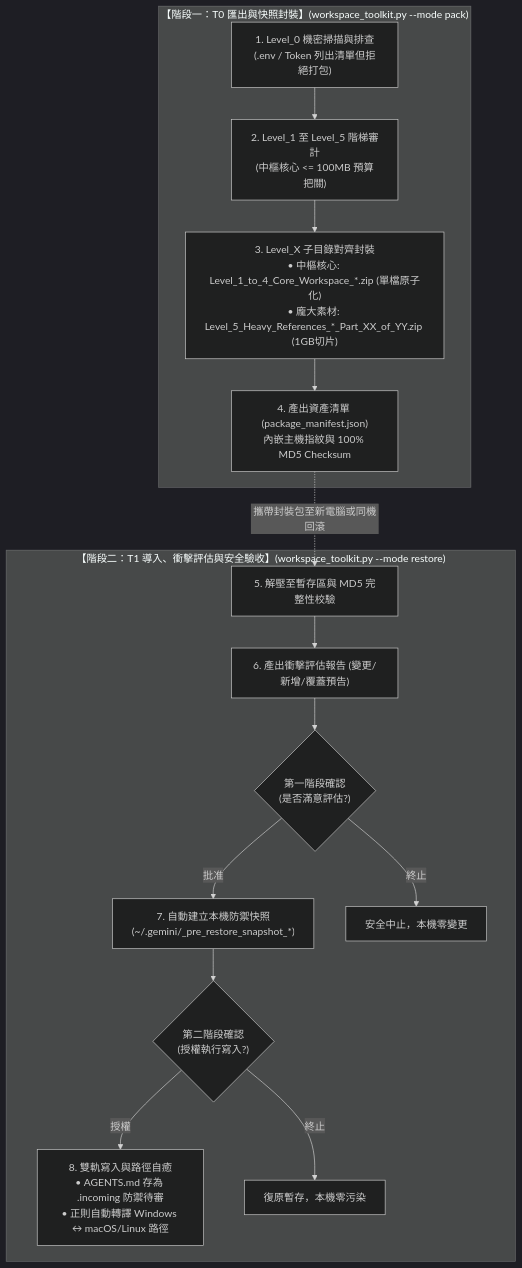
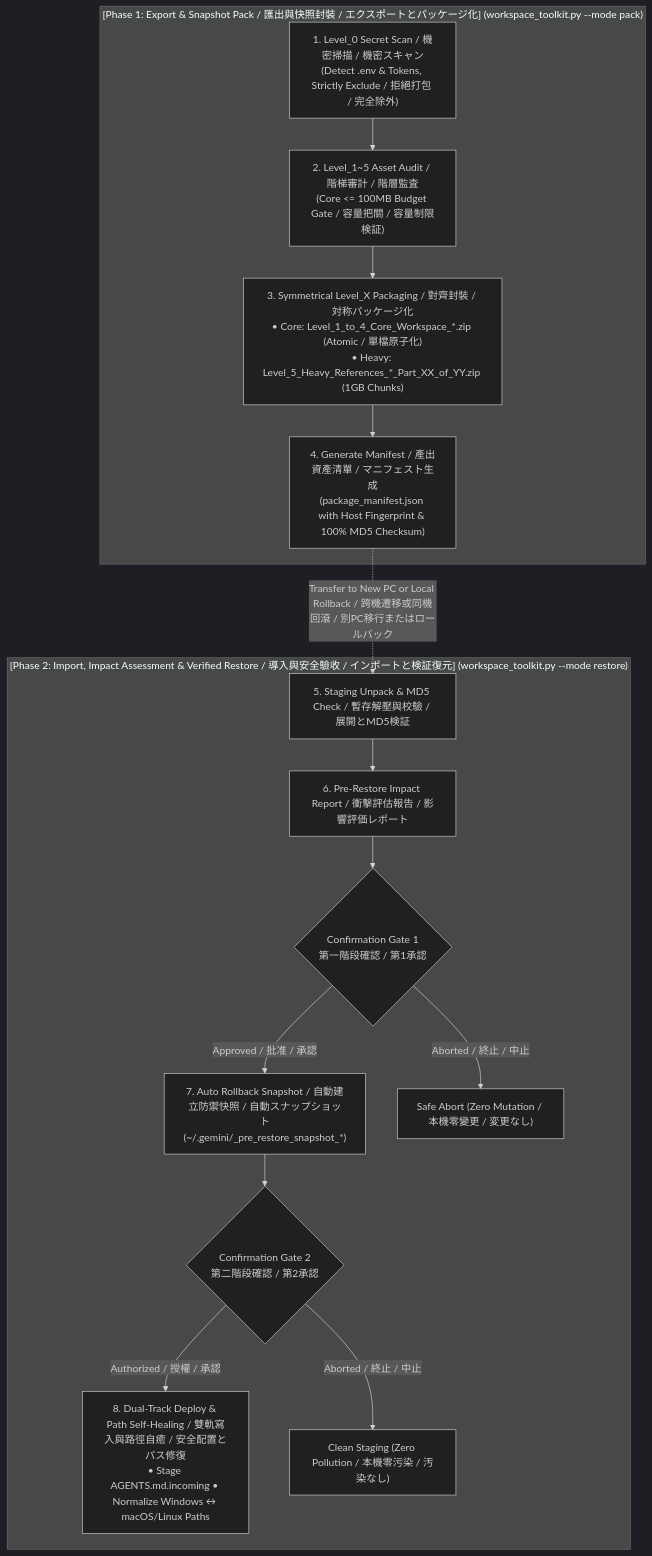
Before and after one commit to ycaistudio/universal-agent-workspace-toolkit: the diagram in README.md, drawn with Mermaid (dark theme). The commit also changed other lines of this file and 2 other files, not shown here.

````diff
--- a/README.md
+++ b/README.md
@@ -116,20 +124,20 @@
 ```mermaid
 flowchart TD
-    subgraph T0 ["【階段一：T0 匯出與快照封裝】(workspace_toolkit.py --mode pack)"]
-        Scan["1. Level_0 機密掃描與排查<br>(.env / Token 列出清單但拒絕打包)"] --> Audit["2. Level_1 至 Level_5 階梯審計<br>(中樞核心 <= 100MB 預算把關)"]
-        Audit --> Pack["3. Level_X 子目錄對齊封裝<br>• 中樞核心: Level_1_to_4_Core_Workspace_*.zip (單檔原子化)<br>• 龐大素材: Level_5_Heavy_References_*_Part_XX_of_YY.zip (1GB切片)"]
-        Pack --> Manifest["4. 產出資產清單 (package_manifest.json)<br>內嵌主機指紋與 100% MD5 Checksum"]
+    subgraph T0 ["[Phase 1: Export & Snapshot Pack / 匯出與快照封裝 / エクスポートとパッケージ化] (workspace_toolkit.py --mode pack)"]
+        Scan["1. Level_0 Secret Scan / 機密掃描 / 機密スキャン<br>(Detect .env & Tokens, Strictly Exclude / 拒絕打包 / 完全除外)"] --> Audit["2. Level_1~5 Asset Audit / 階梯審計 / 階層監査<br>(Core <= 100MB Budget Gate / 容量把關 / 容量制限検証)"]
+        Audit --> Pack["3. Symmetrical Level_X Packaging / 對齊封裝 / 対称パッケージ化<br>• Core: Level_1_to_4_Core_Workspace_*.zip (Atomic / 單檔原子化)<br>• Heavy: Level_5_Heavy_References_*_Part_XX_of_YY.zip (1GB Chunks)"]
+        Pack --> Manifest["4. Generate Manifest / 產出資產清單 / マニフェスト生成<br>(package_manifest.json with Host Fingerprint & 100% MD5 Checksum)"]
     end
 
-    subgraph T1 ["【階段二：T1 導入、衝擊評估與安全驗收】(workspace_toolkit.py --mode restore)"]
-        Unpack["5. 解壓至暫存區與 MD5 完整性校驗"] --> Impact["6. 產出衝擊評估報告 (變更/新增/覆蓋預告)"]
-        Impact --> Gate1{"第一階段確認<br>(是否滿意評估?)"}
-        Gate1 -- 批准 --> Snap["7. 自動建立本機防禦快照<br>(~/.gemini/_pre_restore_snapshot_*)"]
-        Gate1 -- 終止 --> Abort1["安全中止，本機零變更"]
-        Snap --> Gate2{"第二階段確認<br>(授權執行寫入?)"}
-        Gate2 -- 授權 --> Restore["8. 雙軌寫入與路徑自癒<br>• AGENTS.md 存為 .incoming 防禦待審<br>• 正則自動轉譯 Windows ↔ macOS/Linux 路徑"]
-        Gate2 -- 終止 --> Abort2["復原暫存，本機零污染"]
+    subgraph T1 ["[Phase 2: Import, Impact Assessment & Verified Restore / 導入與安全驗收 / インポートと検証復元] (workspace_toolkit.py --mode restore)"]
+        Unpack["5. Staging Unpack & MD5 Check / 暫存解壓與校驗 / 展開とMD5検証"] --> Impact["6. Pre-Restore Impact Report / 衝擊評估報告 / 影響評価レポート"]
+        Impact --> Gate1{"Confirmation Gate 1<br>第一階段確認 / 第1承認"}
+        Gate1 -- Approved / 批准 / 承認 --> Snap["7. Auto Rollback Snapshot / 自動建立防禦快照 / 自動スナップショット<br>(~/.gemini/_pre_restore_snapshot_*)"]
+        Gate1 -- Aborted / 終止 / 中止 --> Abort1["Safe Abort (Zero Mutation / 本機零變更 / 変更なし)"]
+        Snap --> Gate2{"Confirmation Gate 2<br>第二階段確認 / 第2承認"}
+        Gate2 -- Authorized / 授權 / 承認 --> Restore["8. Dual-Track Deploy & Path Self-Healing / 雙軌寫入與路徑自癒 / 安全配置とパス修復<br>• Stage AGENTS.md.incoming • Normalize Windows ↔ macOS/Linux Paths"]
+        Gate2 -- Aborted / 終止 / 中止 --> Abort2["Clean Staging (Zero Pollution / 本機零污染 / 汚染なし)"]
     end
 
-    Manifest -.->|攜帶封裝包至新電腦或同機回滾| Unpack
+    Manifest -.->|Transfer to New PC or Local Rollback / 跨機遷移或同機回滾 / 別PC移行またはロールバック| Unpack
 ```
````
